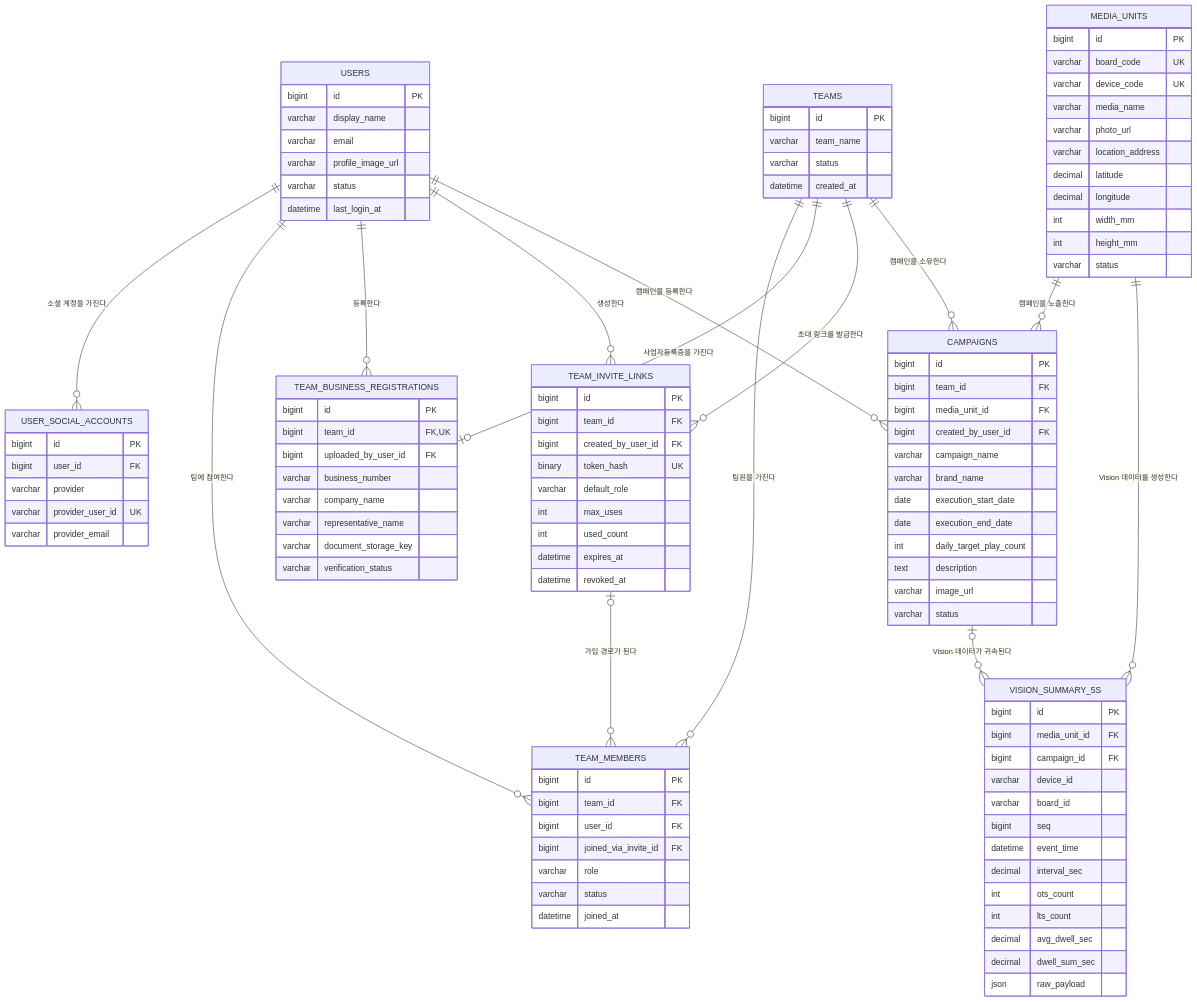
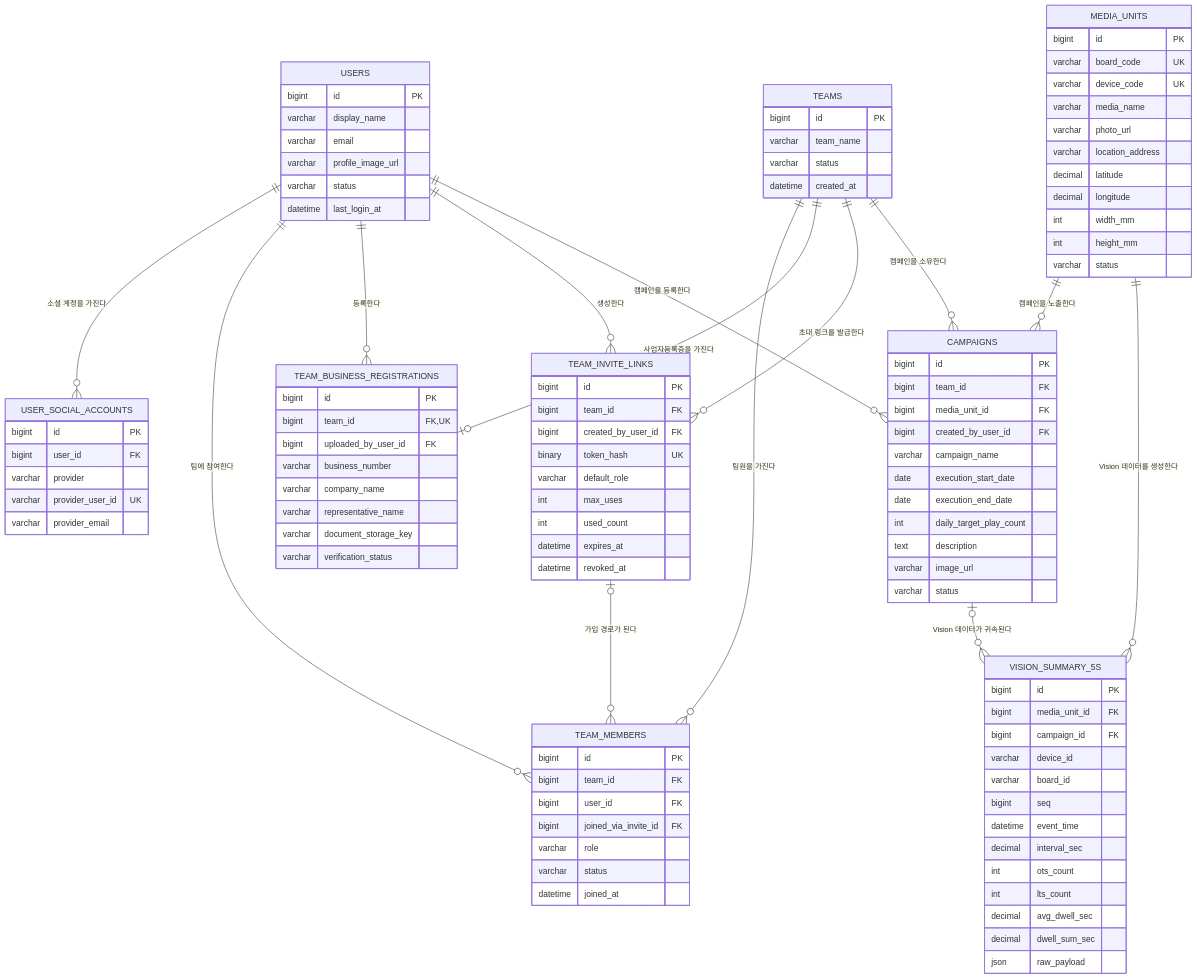
The diagram in docs/mvp-database-erd.md (Shinhan-KLLJS/backend), drawn with Mermaid before and after one commit. The commit also changed other lines of this file and 2 other files, not shown here.

Commit message:
[DV-47] fix : Campaign 엔티티의 brandName컬럼 제거

```diff
--- a/docs/mvp-database-erd.md
+++ b/docs/mvp-database-erd.md
@@ -126,7 +126,6 @@
         bigint media_unit_id FK
         bigint created_by_user_id FK
         varchar campaign_name
-        varchar brand_name
         date execution_start_date
         date execution_end_date
         int daily_target_play_count
```
